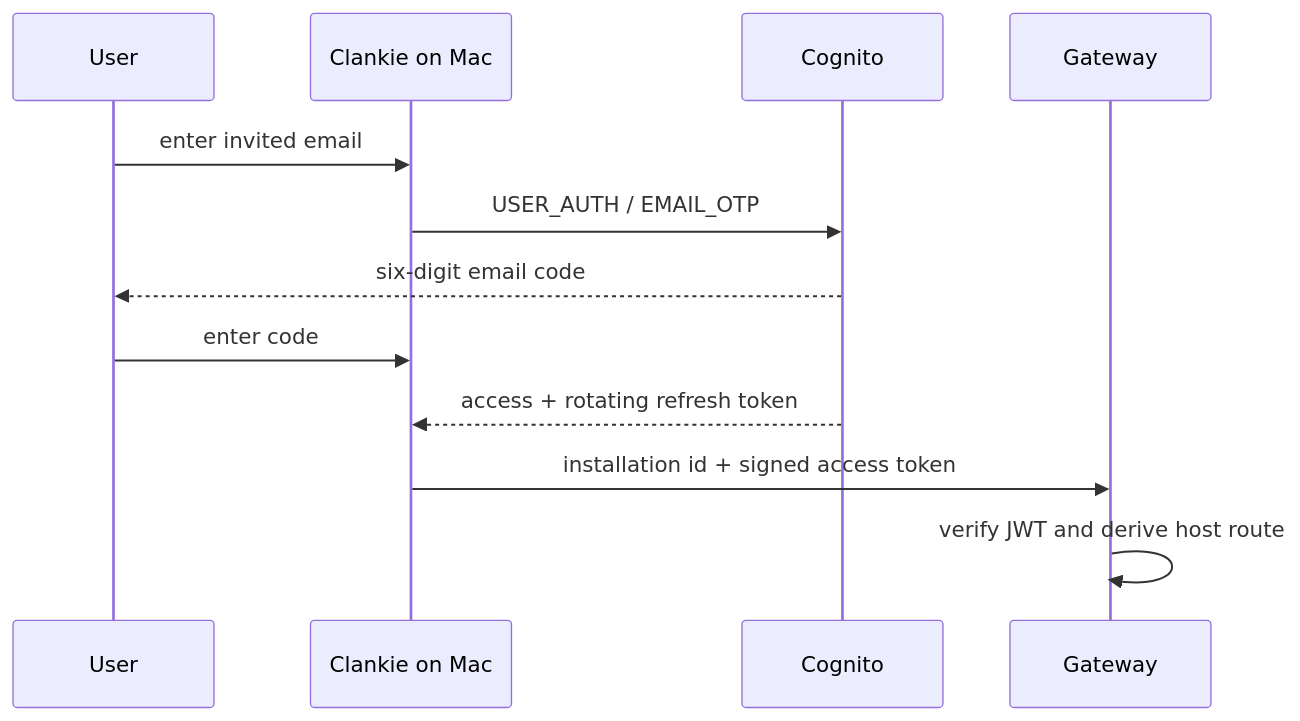
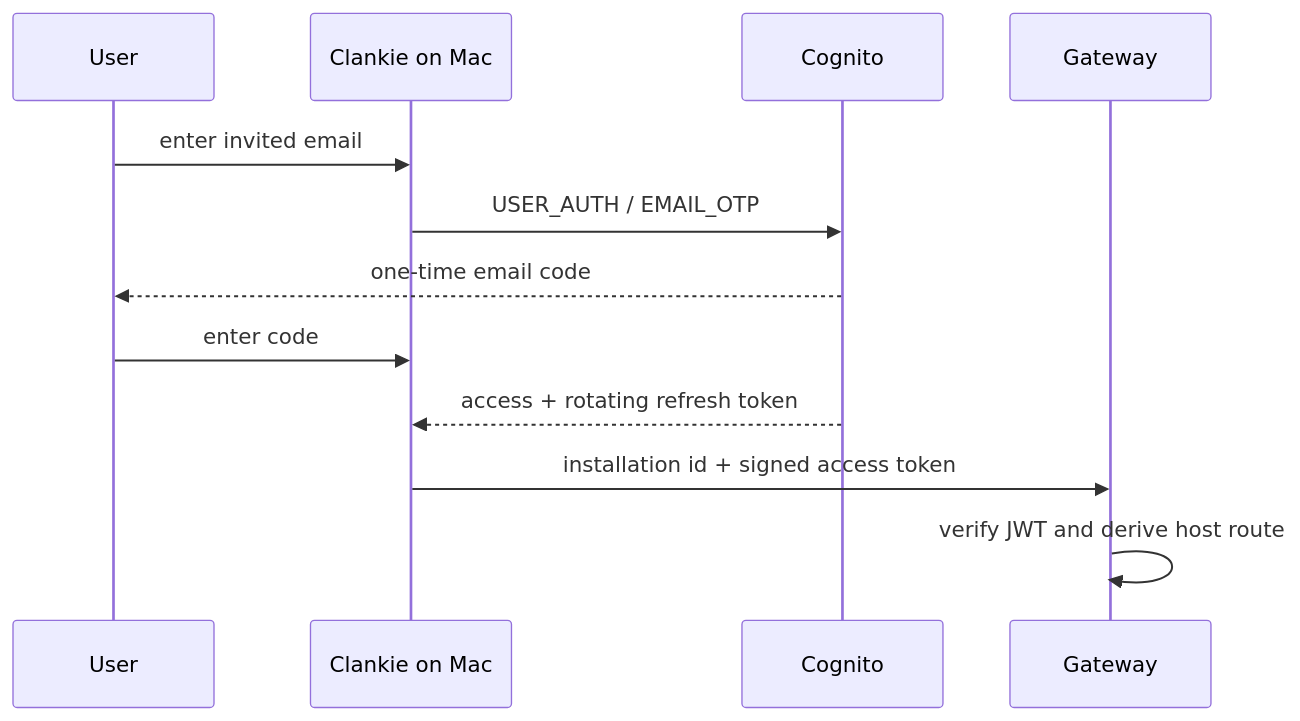
Before and after one commit to Volpestyle/clankie: the diagram in infra/aws/accounts/README.md, drawn with Mermaid. The commit also changed 7 other files, not shown here.

Commit message:
Accept Cognito email OTP lengths

````diff
--- a/infra/aws/accounts/README.md
+++ b/infra/aws/accounts/README.md
@@ -14,14 +14,14 @@
 ```mermaid
 sequenceDiagram
   participant User
   participant Mac as Clankie on Mac
   participant Cognito
   participant Gateway
   User->>Mac: enter invited email
   Mac->>Cognito: USER_AUTH / EMAIL_OTP
-  Cognito-->>User: six-digit email code
+  Cognito-->>User: one-time email code
   User->>Mac: enter code
   Cognito-->>Mac: access + rotating refresh token
   Mac->>Gateway: installation id + signed access token
   Gateway->>Gateway: verify JWT and derive host route
 ```
````
